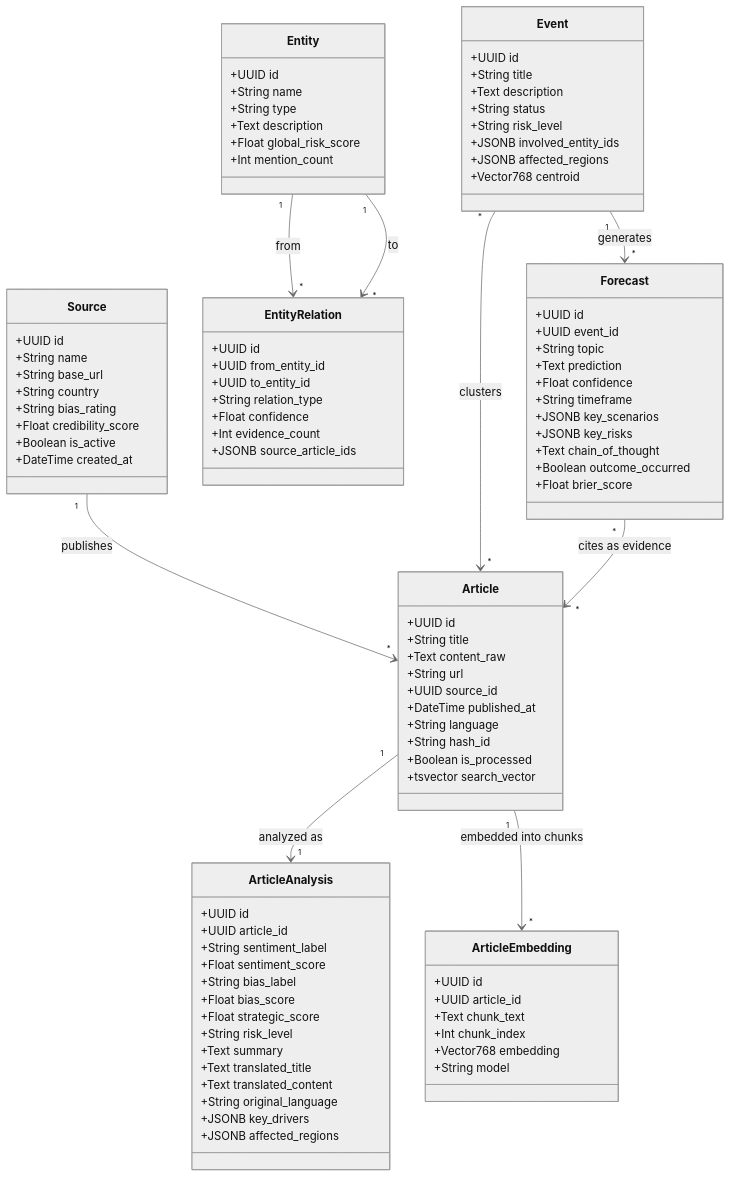
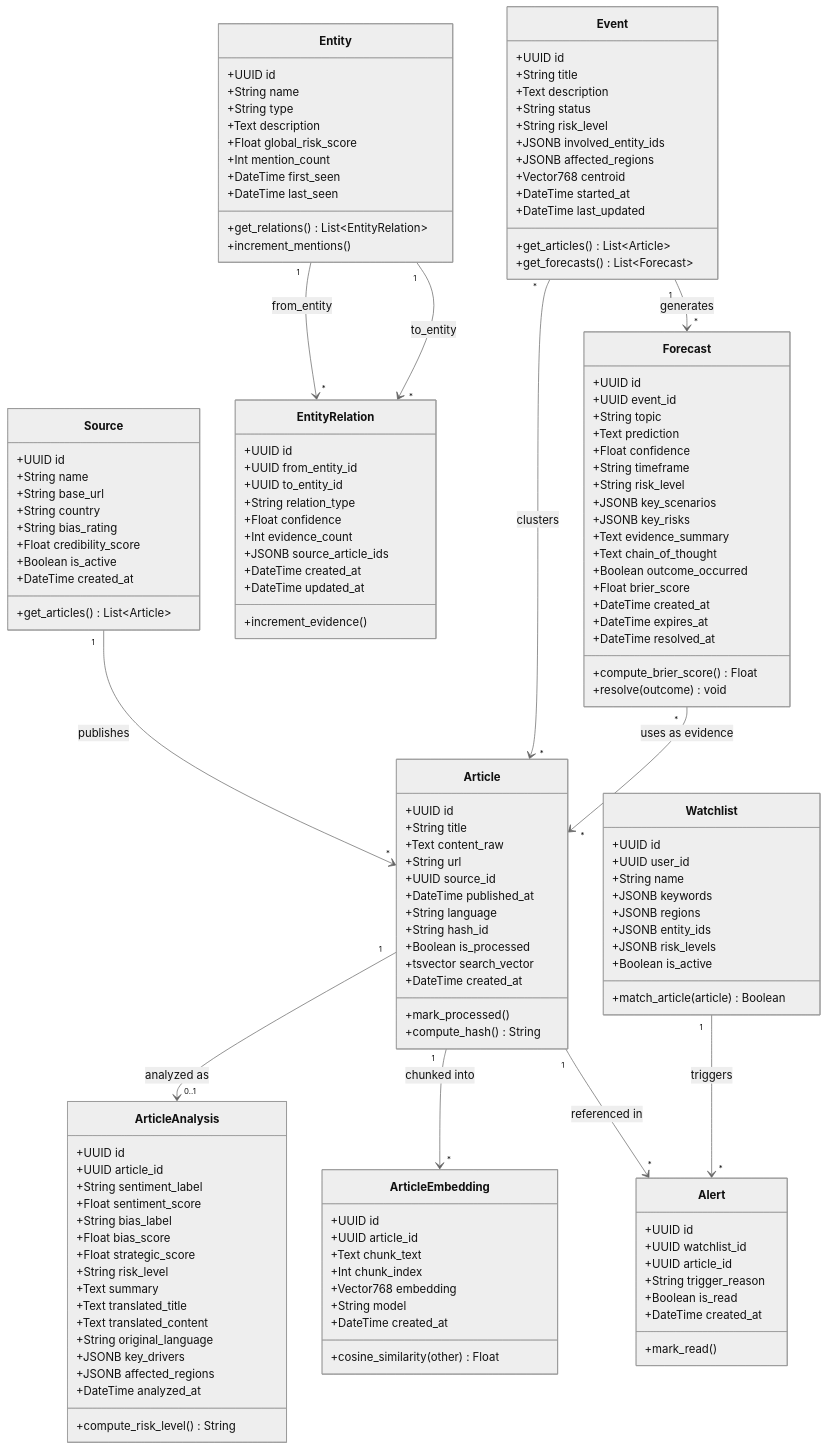
Before and after one commit to krishmaniyar/Strategic-News-Analyzer: the seventh of 9 diagrams in README.md, drawn with Mermaid (neutral theme). The commit also changed other lines of this file, not shown here.

Commit message:
docs: comprehensive SDE-level README rewrite with all diagrams, security, AWS deployment, and dev practices

````diff
--- a/README.md
+++ b/README.md
@@ -287,6 +418,7 @@
         +Float credibility_score
         +Boolean is_active
         +DateTime created_at
+        +get_articles() List~Article~
     }
 
     class Article {
@@ -300,6 +432,9 @@
         +String hash_id
         +Boolean is_processed
         +tsvector search_vector
+        +DateTime created_at
+        +mark_processed()
+        +compute_hash() String
     }
 
     class ArticleAnalysis {
@@ -317,6 +452,8 @@
         +String original_language
         +JSONB key_drivers
         +JSONB affected_regions
+        +DateTime analyzed_at
+        +compute_risk_level() String
     }
 
     class ArticleEmbedding {
@@ -326,6 +463,8 @@
         +Int chunk_index
         +Vector768 embedding
         +String model
+        +DateTime created_at
+        +cosine_similarity(other) Float
     }
 
     class Entity {
@@ -335,6 +474,10 @@
         +Text description
         +Float global_risk_score
         +Int mention_count
+        +DateTime first_seen
+        +DateTime last_seen
+        +get_relations() List~EntityRelation~
+        +increment_mentions()
     }
 
     class EntityRelation {
@@ -345,6 +488,9 @@
         +Float confidence
         +Int evidence_count
         +JSONB source_article_ids
+        +DateTime created_at
+        +DateTime updated_at
+        +increment_evidence()
     }
 
     class Event {
@@ -356,6 +502,10 @@
         +JSONB involved_entity_ids
         +JSONB affected_regions
         +Vector768 centroid
+        +DateTime started_at
+        +DateTime last_updated
+        +get_articles() List~Article~
+        +get_forecasts() List~Forecast~
     }
 
     class Forecast {
@@ -365,19 +515,50 @@
         +Text prediction
         +Float confidence
         +String timeframe
+        +String risk_level
         +JSONB key_scenarios
         +JSONB key_risks
+        +Text evidence_summary
         +Text chain_of_thought
         +Boolean outcome_occurred
         +Float brier_score
+        +DateTime created_at
+        +DateTime expires_at
+        +DateTime resolved_at
+        +compute_brier_score() Float
+        +resolve(outcome) void
+    }
+
+    class Watchlist {
+        +UUID id
+        +UUID user_id
+        +String name
+        +JSONB keywords
+        +JSONB regions
+        +JSONB entity_ids
+        +JSONB risk_levels
+        +Boolean is_active
+        +match_article(article) Boolean
+    }
+
+    class Alert {
+        +UUID id
+        +UUID watchlist_id
+        +UUID article_id
+        +String trigger_reason
+        +Boolean is_read
+        +DateTime created_at
+        +mark_read()
     }
 
     Source "1" --> "*" Article : publishes
-    Article "1" --> "1" ArticleAnalysis : analyzed as
-    Article "1" --> "*" ArticleEmbedding : embedded into chunks
-    Entity "1" --> "*" EntityRelation : from
-    Entity "1" --> "*" EntityRelation : to
+    Article "1" --> "0..1" ArticleAnalysis : analyzed as
+    Article "1" --> "*" ArticleEmbedding : chunked into
+    Entity "1" --> "*" EntityRelation : from_entity
+    Entity "1" --> "*" EntityRelation : to_entity
     Event "*" --> "*" Article : clusters
     Event "1" --> "*" Forecast : generates
-    Forecast "*" --> "*" Article : cites as evidence
+    Forecast "*" --> "*" Article : uses as evidence
+    Watchlist "1" --> "*" Alert : triggers
+    Article "1" --> "*" Alert : referenced in
 ```
````
